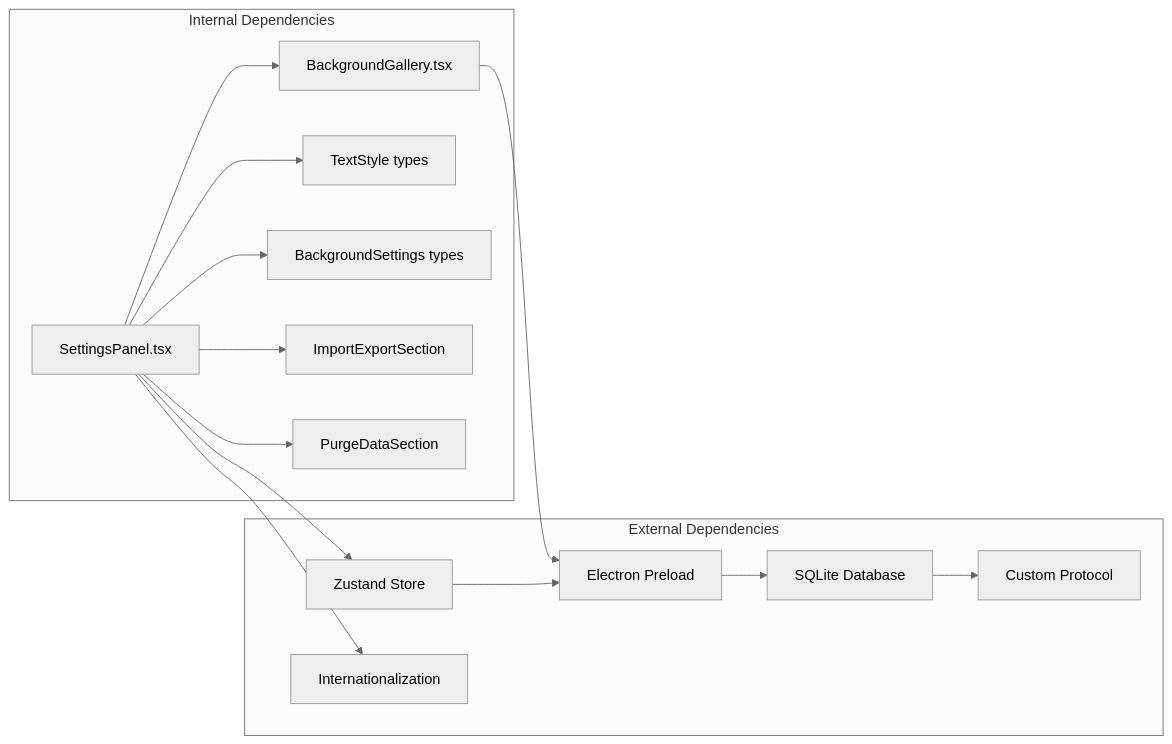
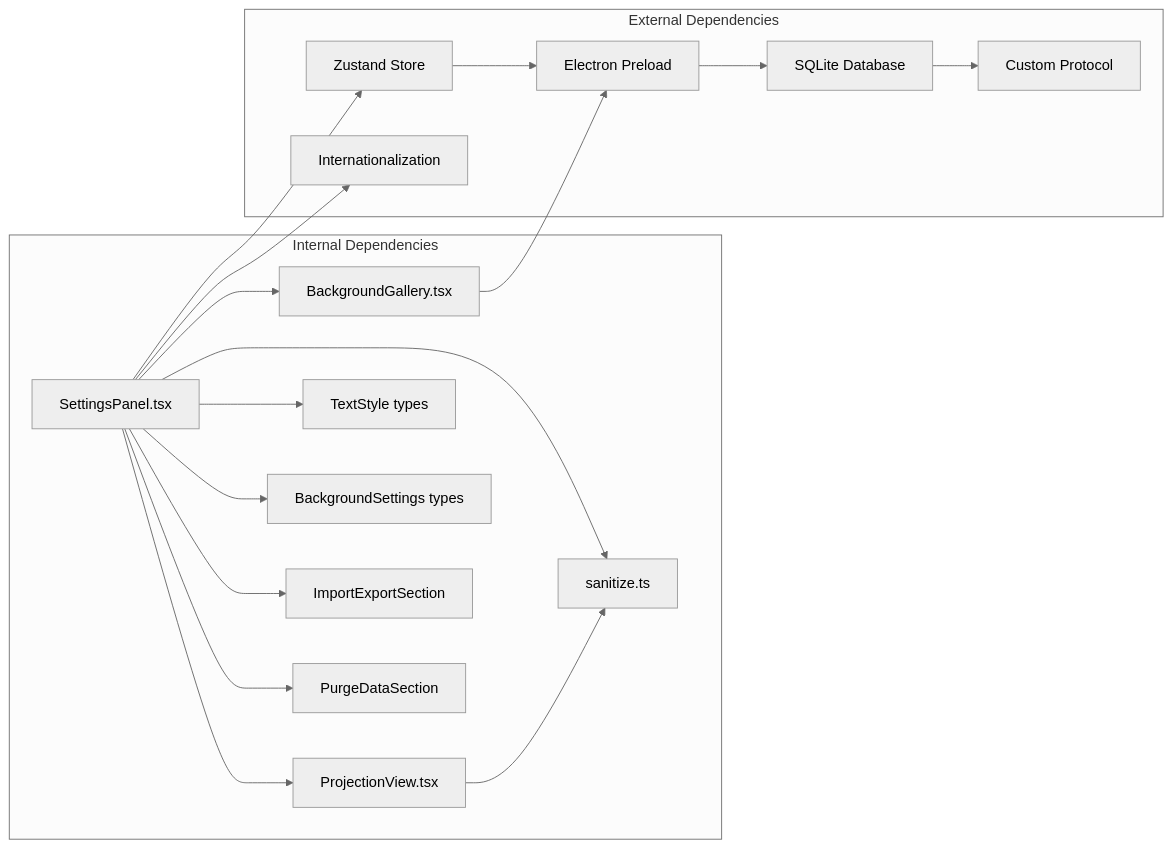
Before and after one commit to jimmywyk/lyricdeck: the ninth of 9 diagrams in .qoder/repowiki/en/content/Architecture Overview/Component Architecture/Settings Panel.md, drawn with Mermaid (neutral theme). The commit also changed other lines of this file and 12 other files, not shown here.

Commit message:
Add projection view

````diff
--- a/.qoder/repowiki/en/content/Architecture Overview/Component Architecture/Settings Panel.md
+++ b/.qoder/repowiki/en/content/Architecture Overview/Component Architecture/Settings Panel.md
@@ -418,29 +486,34 @@
 ```mermaid
 graph LR
 subgraph "Internal Dependencies"
 SP[SettingsPanel.tsx]
 BG[BackgroundGallery.tsx]
+PV[ProjectionView.tsx]
 TS[TextStyle types]
 BS[BackgroundSettings types]
 IES[ImportExportSection]
 PDS[PurgeDataSection]
+SAN[sanitize.ts]
 end
 subgraph "External Dependencies"
 ZS[Zustand Store]
 EP[Electron Preload]
 DB[SQLite Database]
 PR[Custom Protocol]
 I18N[Internationalization]
 end
 SP --> BG
+SP --> PV
+SP --> SAN
 SP --> IES
 SP --> PDS
 SP --> ZS
 SP --> TS
 SP --> BS
 SP --> I18N
 BG --> EP
+PV --> SAN
 ZS --> EP
 EP --> DB
 DB --> PR
 ```
````
